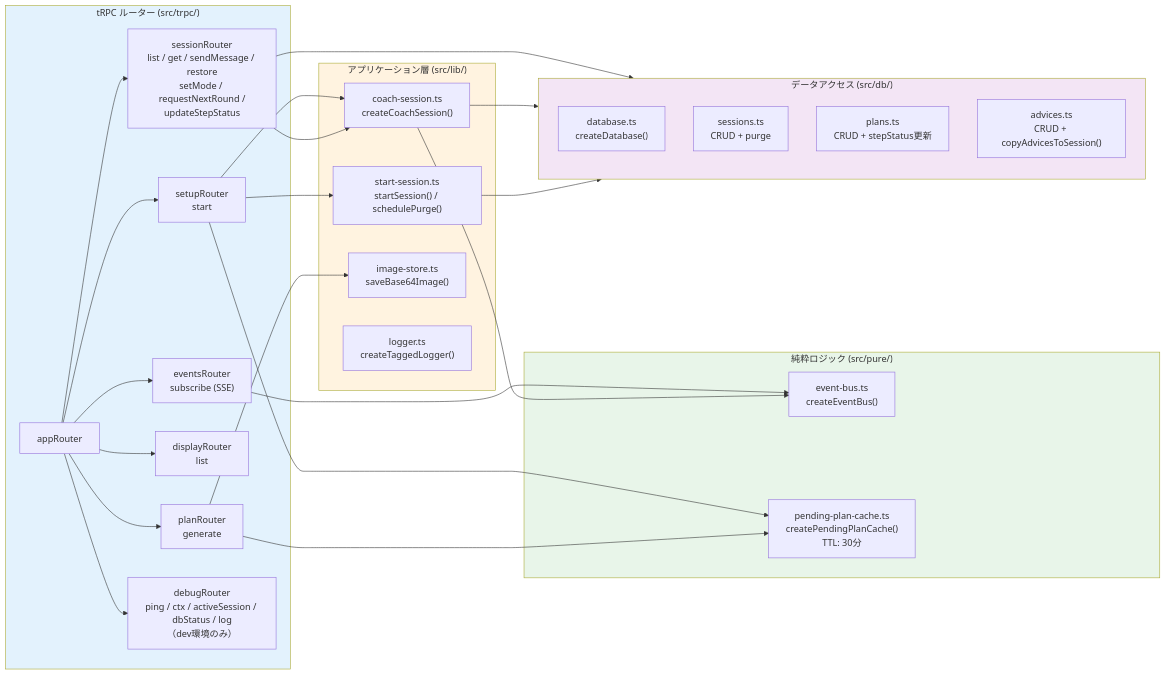
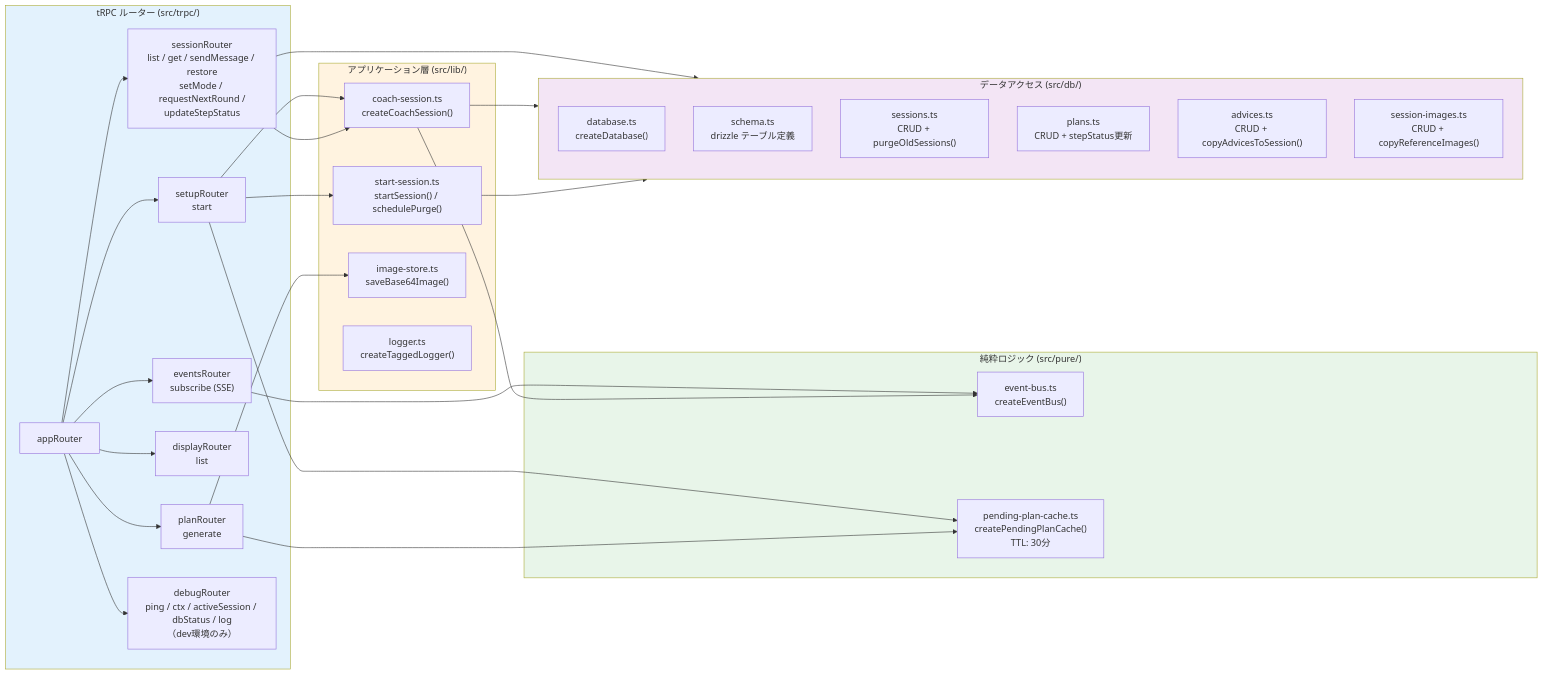
One commit to yukaorange/dcc_suport changed diagram 27 of 30 in docs/architecture.md. Above: the diagram before and after it, drawn with Mermaid. The commit also changed other lines of this file and 12 other files, not shown here.

Commit message:
chore(docs): アーキテクチャ図の更新とIllustrator/Photoshopスキルの追加

````diff
--- a/docs/architecture.md
+++ b/docs/architecture.md
@@ -910,44 +935,46 @@
 ```mermaid
 flowchart LR
     subgraph trpc ["tRPC ルーター (src/trpc/)"]
         Router["appRouter"]
         Session["sessionRouter<br>list / get / sendMessage / restore<br>setMode / requestNextRound /<br>updateStepStatus"]
         Plan["planRouter<br>generate"]
         Setup["setupRouter<br>start"]
         Display["displayRouter<br>list"]
         Events["eventsRouter<br>subscribe (SSE)"]
         Debug["debugRouter<br>ping / ctx / activeSession / dbStatus / log<br>（dev環境のみ）"]
     end
 
     subgraph lib ["アプリケーション層 (src/lib/)"]
         CoachSession["coach-session.ts<br>createCoachSession()"]
         StartSession["start-session.ts<br>startSession() / schedulePurge()"]
         ImageStore["image-store.ts<br>saveBase64Image()"]
         Logger["logger.ts<br>createTaggedLogger()"]
     end
 
     subgraph pure ["純粋ロジック (src/pure/)"]
         EventBus["event-bus.ts<br>createEventBus()"]
         PlanCache["pending-plan-cache.ts<br>createPendingPlanCache()<br>TTL: 30分"]
     end
 
     subgraph db ["データアクセス (src/db/)"]
         Database["database.ts<br>createDatabase()"]
-        Sessions["sessions.ts<br>CRUD + purge"]
+        Schema["schema.ts<br>drizzle テーブル定義"]
+        Sessions["sessions.ts<br>CRUD + purgeOldSessions()"]
         Plans["plans.ts<br>CRUD + stepStatus更新"]
         Advices["advices.ts<br>CRUD + copyAdvicesToSession()"]
+        SessionImages["session-images.ts<br>CRUD + copyReferenceImages()"]
     end
 
     Router --> Session & Plan & Setup & Display & Events & Debug
     Setup --> CoachSession & StartSession & PlanCache
     Session --> CoachSession & db
     Plan --> PlanCache & ImageStore
     Events --> EventBus
     CoachSession --> EventBus & db
     StartSession --> db
 
     style trpc fill:#e3f2fd
     style lib fill:#fff3e0
     style pure fill:#e8f5e9
     style db fill:#f3e5f5
 ```
````
